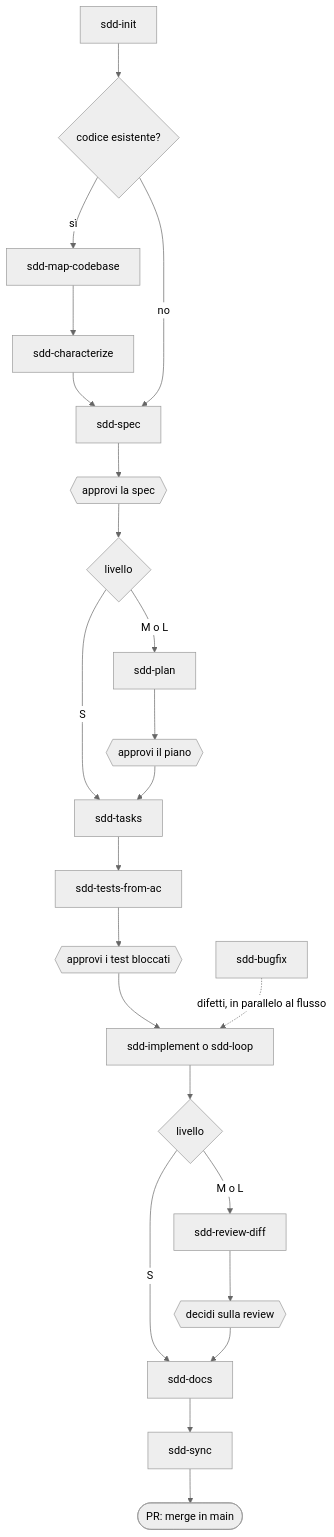
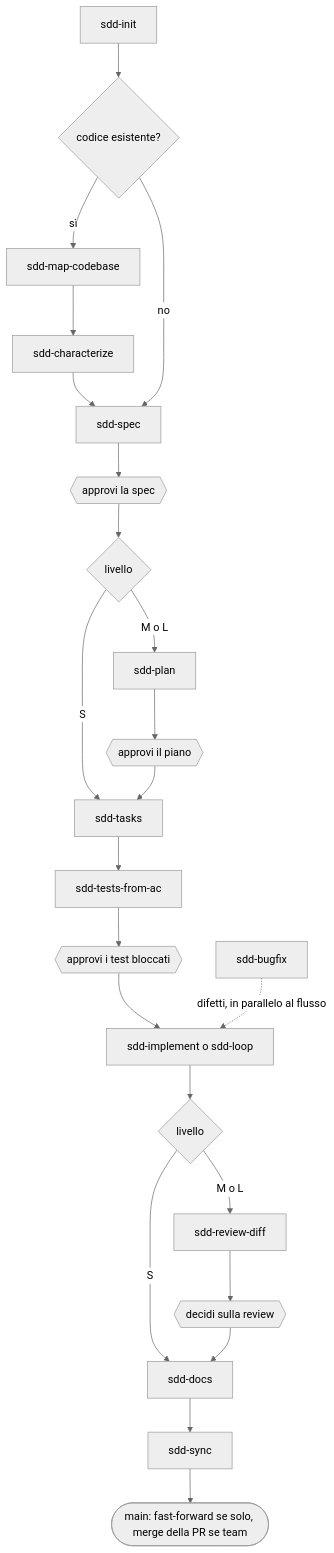
One commit to jumping2000/sdd-playbook changed the diagram in README_IT.md. Above: the diagram before and after it, drawn with Mermaid (neutral theme). The commit also changed other lines of this file and 51 other files, not shown here.

````diff
--- a/README_IT.md
+++ b/README_IT.md
@@ -94,16 +97,16 @@
 ```mermaid
 flowchart TD
     init[sdd-init] --> code{codice esistente?}
     code -- sì --> map[sdd-map-codebase] --> char[sdd-characterize] --> spec
     code -- no --> spec[sdd-spec]
     spec --> g1{{approvi la spec}} --> lvl{livello}
     lvl -- S --> tasks[sdd-tasks]
     lvl -- M o L --> plan[sdd-plan] --> g2{{approvi il piano}} --> tasks
     tasks --> tests[sdd-tests-from-ac] --> g3{{approvi i test bloccati}}
     g3 --> impl[sdd-implement o sdd-loop]
     impl --> lvl2{livello}
     lvl2 -- S --> docs
     lvl2 -- M o L --> review[sdd-review-diff] --> g4{{decidi sulla review}} --> docs[sdd-docs]
-    docs --> sync[sdd-sync] --> pr([PR: merge in main])
+    docs --> sync[sdd-sync] --> pr([main: fast-forward se solo, merge della PR se team])
     bug[sdd-bugfix] -. difetti, in parallelo al flusso .-> impl
 ```
````
